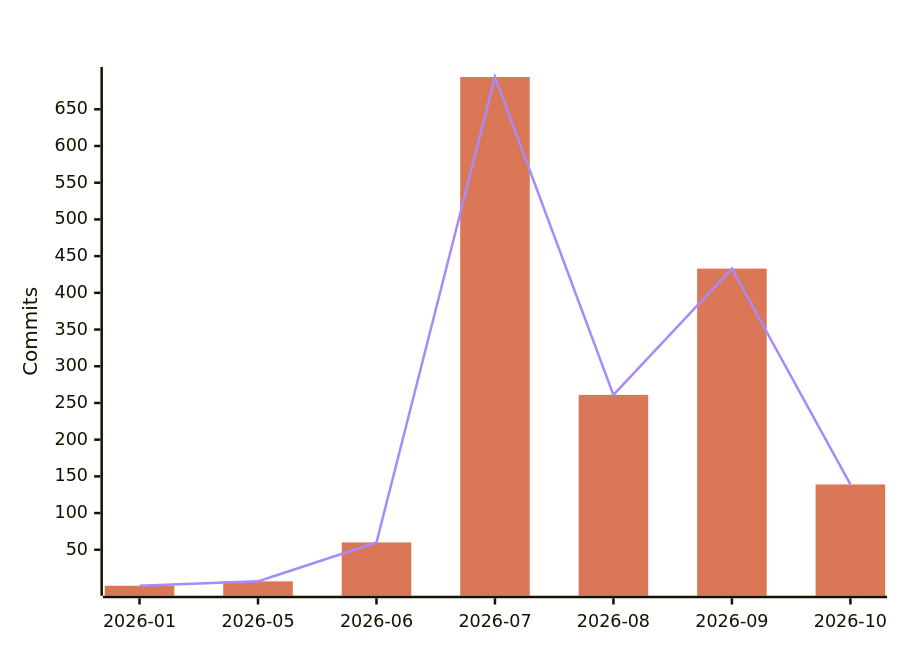
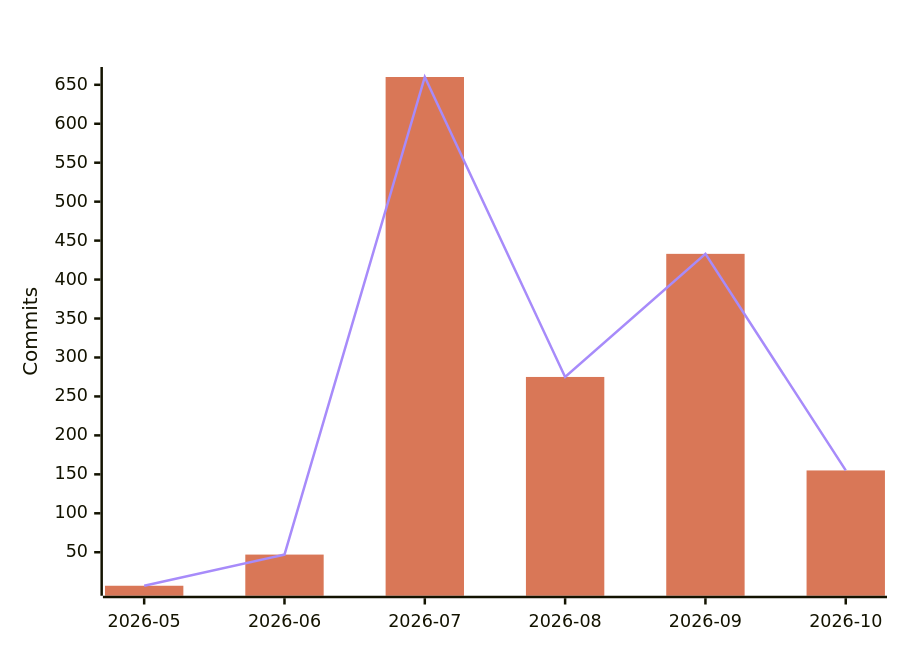
The fourth of 7 diagrams in README.md (polo-nyan/polo-nyan), drawn with Mermaid before and after one commit. The commit also changed other lines of this file and 1 other file, not shown here.

````diff
--- a/README.md
+++ b/README.md
@@ -294,9 +294,9 @@
 ```mermaid
 %%{init: {"xyChart": {"titleColor": "#ffffff", "xAxisLabelColor": "#ffffff", "yAxisLabelColor": "#ffffff"}, "themeVariables": {"xyChart": {"titleColor": "#ffffff", "plotColorPalette": "#d97757, #a78bfa"}}}}%%
 xychart-beta
     title "AI-Assisted Commits Per Month"
-    x-axis ["2026-01", "2026-05", "2026-06", "2026-07", "2026-08", "2026-09", "2026-10"]
+    x-axis ["2026-05", "2026-06", "2026-07", "2026-08", "2026-09", "2026-10"]
     y-axis "Commits"
-    bar [1, 7, 60, 694, 261, 433, 139]
-    line [1, 7, 60, 694, 261, 433, 139]
+    bar [7, 47, 660, 275, 433, 155]
+    line [7, 47, 660, 275, 433, 155]
 ```
````
